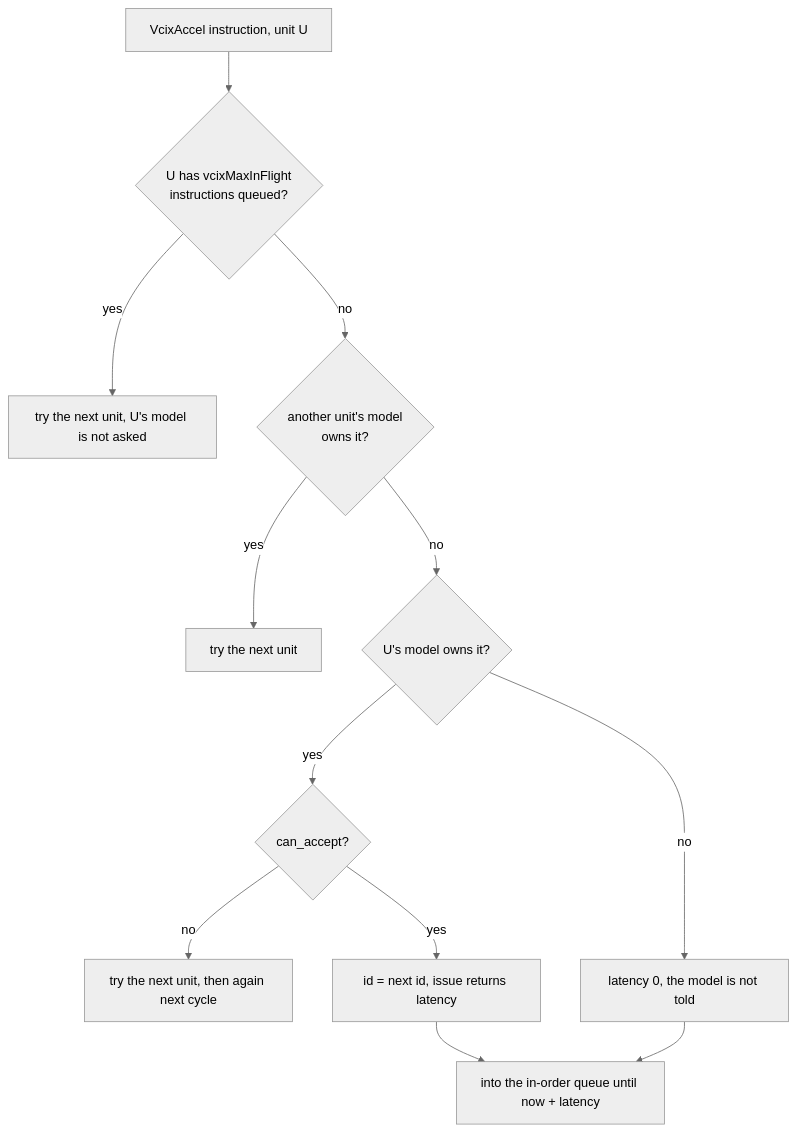
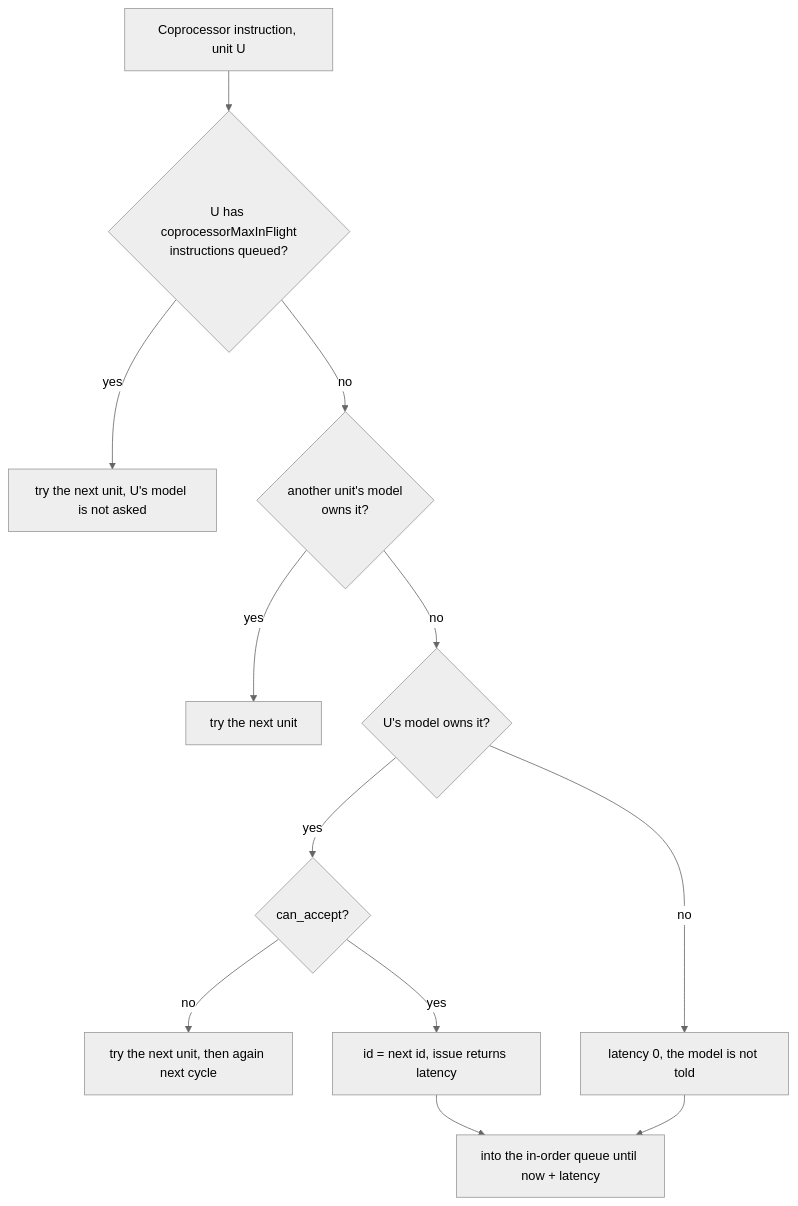
Before and after one commit to PSAL-POSTECH/Coprocessor: the second of 2 diagrams in adapters/gem5/README.md, drawn with Mermaid (neutral theme). The commit also changed other lines of this file and 34 other files, not shown here.

First line of the commit message:
vcix-accelerator is coprocessor

````diff
--- a/adapters/gem5/README.md
+++ b/adapters/gem5/README.md
@@ -263,14 +263,14 @@
 ```mermaid
 flowchart TD
-    A[VcixAccel instruction, unit U] --> B{U has vcixMaxInFlight<br/>instructions queued?}
+    A[Coprocessor instruction, unit U] --> B{U has coprocessorMaxInFlight<br/>instructions queued?}
     B -- yes --> W1["try the next unit, U's model is not asked"]
     B -- no --> C{another unit's model<br/>owns it?}
     C -- yes --> W2[try the next unit]
     C -- no --> D{U's model owns it?}
     D -- yes --> E{can_accept?}
     E -- no --> W3["try the next unit, then again next cycle"]
     E -- yes --> F["id = next id, issue returns latency"]
     D -- no --> G["latency 0, the model is not told"]
     F --> H[into the in-order queue until now + latency]
     G --> H
 ```
````
